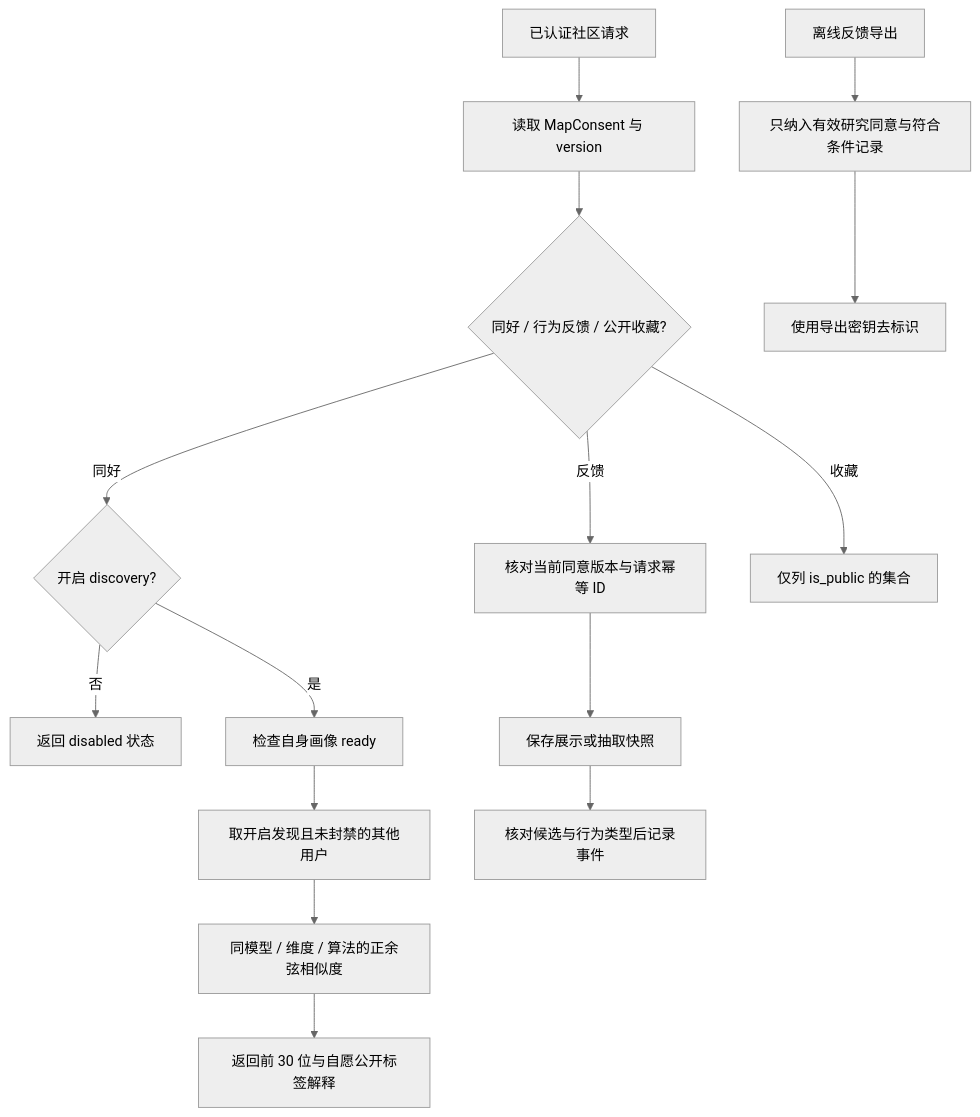
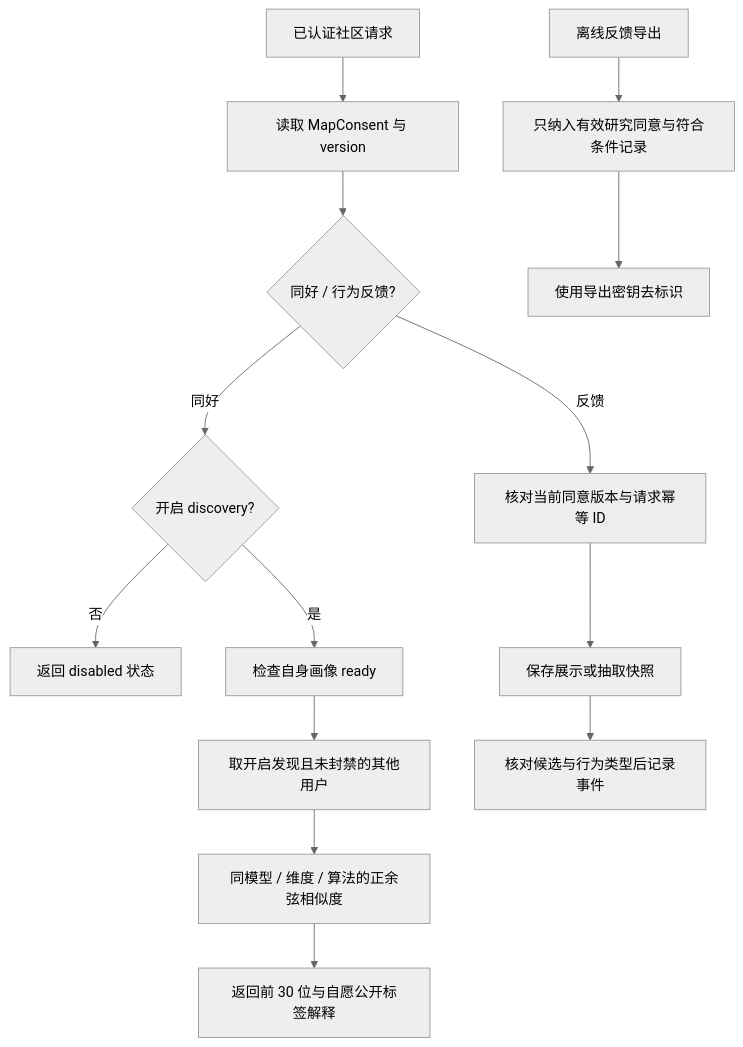
The diagram in backend/modules/community/doc/README.md (DinnerpartyFoodMap/dinnerparty_community), drawn with Mermaid (neutral theme) before and after one commit. The commit also changed other lines of this file and 182 other files, not shown here.

````diff
--- a/backend/modules/community/doc/README.md
+++ b/backend/modules/community/doc/README.md
@@ -11,17 +11,16 @@
 ```mermaid
 flowchart TD
     Request[已认证社区请求] --> Consent[读取 MapConsent 与 version]
-    Consent --> Mode{同好 / 行为反馈 / 公开收藏?}
+    Consent --> Mode{同好 / 行为反馈?}
     Mode -->|同好| Enabled{开启 discovery?}
     Enabled -->|否| Empty[返回 disabled 状态]
     Enabled -->|是| Profile[检查自身画像 ready]
     Profile --> People[取开启发现且未封禁的其他用户]
     People --> Compatible[同模型 / 维度 / 算法的正余弦相似度]
     Compatible --> Result[返回前 30 位与自愿公开标签解释]
     Mode -->|反馈| Version[核对当前同意版本与请求幂等 ID]
     Version --> Log[保存展示或抽取快照]
     Log --> Event[核对候选与行为类型后记录事件]
-    Mode -->|收藏| Public[仅列 is_public 的集合]
     Export[离线反馈导出] --> Research[只纳入有效研究同意与符合条件记录]
     Research --> Dataset[使用导出密钥去标识]
 ```
````
